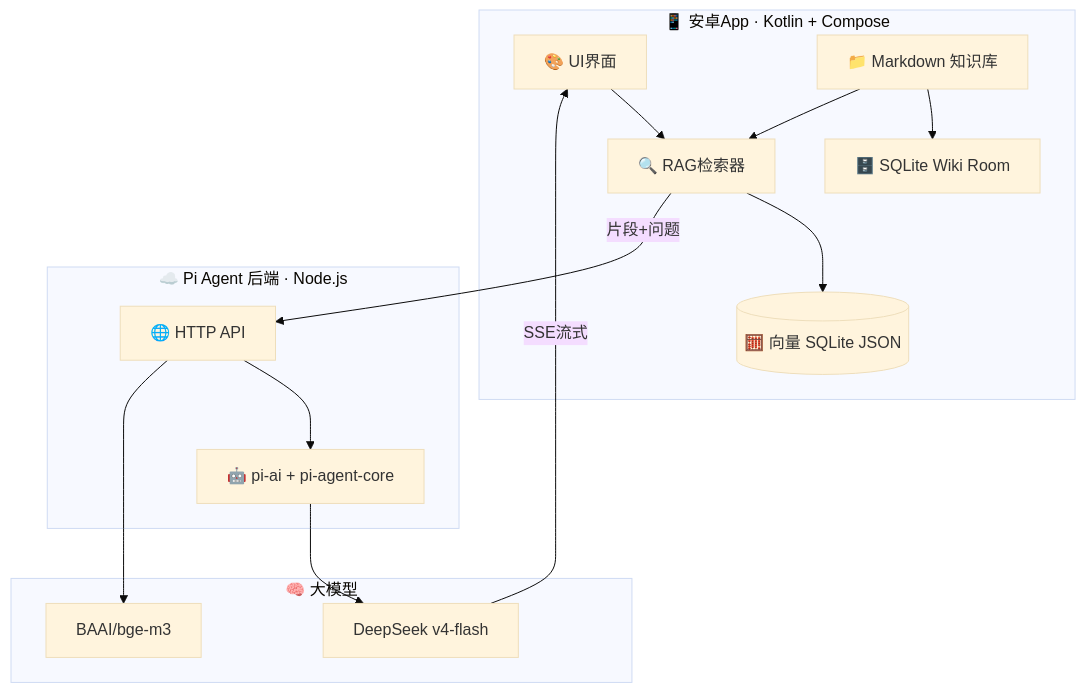
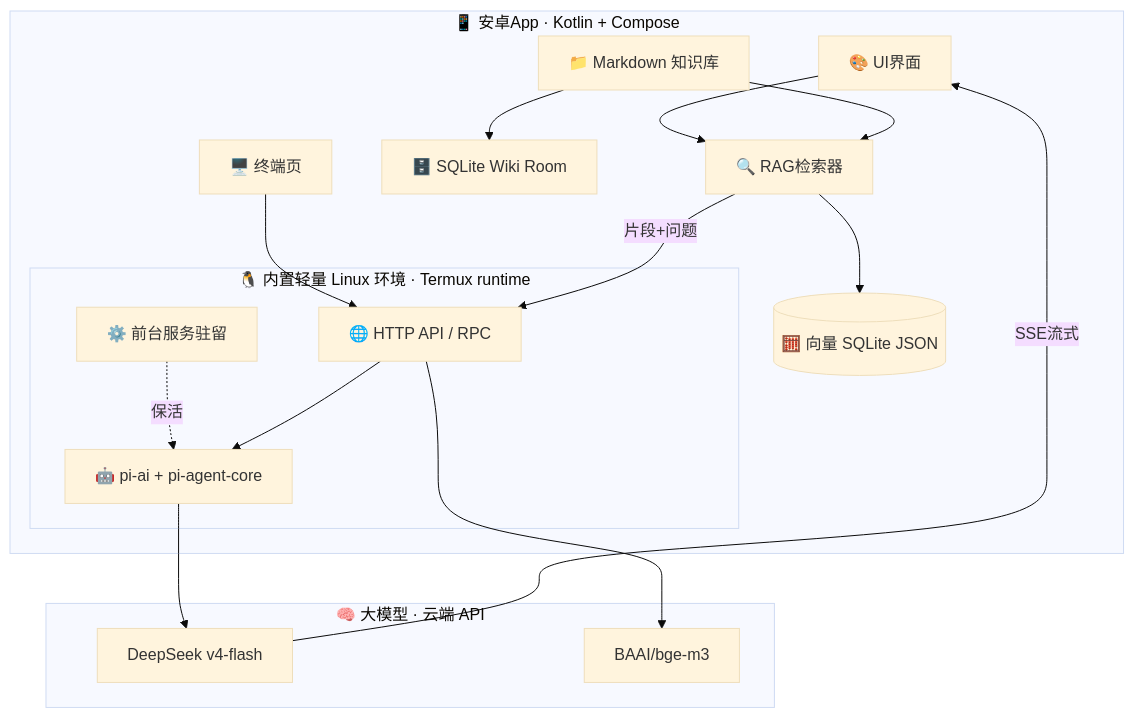
One commit to hu568/meow-academy changed the diagram in PLAN.md. Above: the diagram before and after it, drawn with Mermaid (base theme). The commit also changed other lines of this file and 1 other file, not shown here.

Commit message:
📌 采纳 issue #1 方案：内置 Termux runtime 跑 Pi Agent + 终端驻留设计
- 新增 docs/decision-local-pi-agent.md：方案决策 + 附加设计（打开 App 后台静默拉起终端运行时，前台服务长驻后台）
- PLAN.md：更新功能清单、架构图、分层说明、里程碑(M3.5)、仓库结构、后端定位

````diff
--- a/PLAN.md
+++ b/PLAN.md
@@ -43,29 +45,33 @@
 ```mermaid
 flowchart TD
     subgraph 安卓端[📱 安卓App · Kotlin + Compose]
         UI[🎨 UI界面]
+        TERM[🖥️ 终端页]
         MD[📁 Markdown 知识库]
         WIKI[🗄️ SQLite Wiki Room]
         VEC[(🧮 向量 SQLite JSON)]
         RAG[🔍 RAG检索器]
+        subgraph RUNTIME[🐧 内置轻量 Linux 环境 · Termux runtime]
+            PI[🤖 pi-ai + pi-agent-core]
+            API[🌐 HTTP API / RPC]
+            FGS[⚙️ 前台服务驻留]
+        end
+        UI --> RAG
+        TERM --> API
+        MD --> WIKI
+        MD --> RAG
+        RAG --> VEC
+        RAG -->|片段+问题| API
+        FGS -.保活.-> PI
     end
 
-    subgraph 后端[☁️ Pi Agent 后端 · Node.js]
-        PI[🤖 pi-ai + pi-agent-core]
-        API[🌐 HTTP API]
-    end
-
-    subgraph LLM[🧠 大模型]
+    subgraph LLM[🧠 大模型 · 云端 API]
         CHAT[DeepSeek v4-flash]
         EMB[BAAI/bge-m3]
     end
 
-    UI --> RAG
-    MD --> WIKI
-    MD --> RAG
-    RAG --> VEC
-    RAG -->|片段+问题| API
-    API --> PI --> CHAT
+    API --> PI
+    PI --> CHAT
     API --> EMB
     CHAT -->|SSE流式| UI
 ```
````
